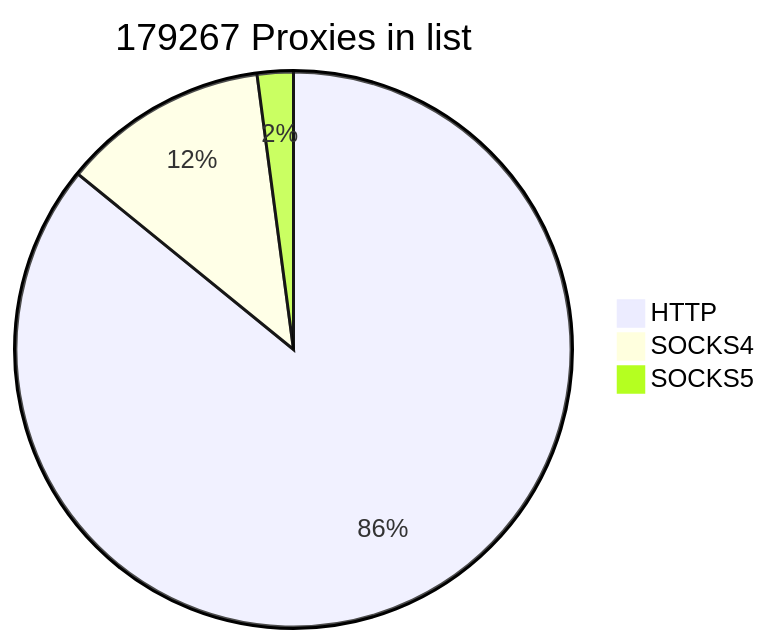
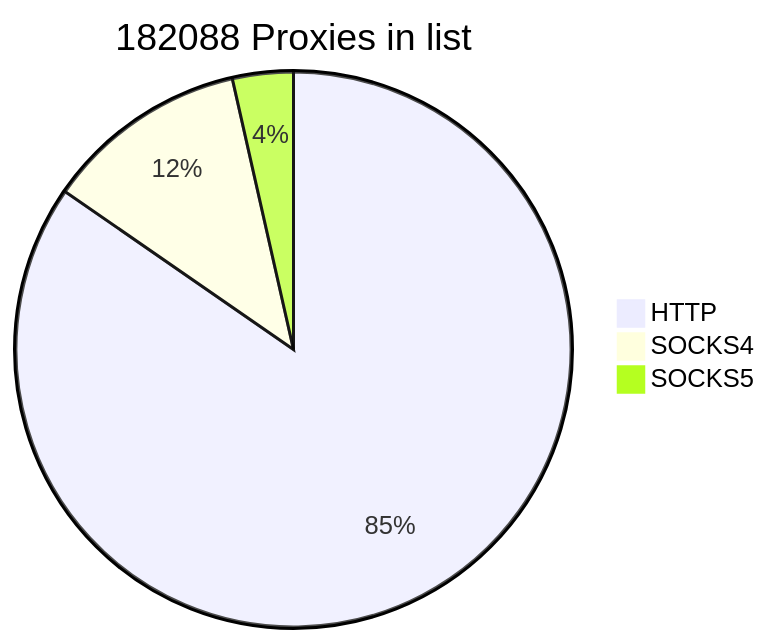
Before and after one commit to cutipu/proxylist: the first of 2 diagrams in README.md, drawn with Mermaid. The commit also changed other lines of this file, not shown here.

````diff
--- a/README.md
+++ b/README.md
@@ -2,7 +2,7 @@
 ```mermaid
-pie title 179267 Proxies in list
-    "HTTP" : 153949
-    "SOCKS4" : 21552
-    "SOCKS5" : 3766
+pie title 182088 Proxies in list
+    "HTTP" : 154099
+    "SOCKS4" : 21551
+    "SOCKS5" : 6438
             
 ```
````
